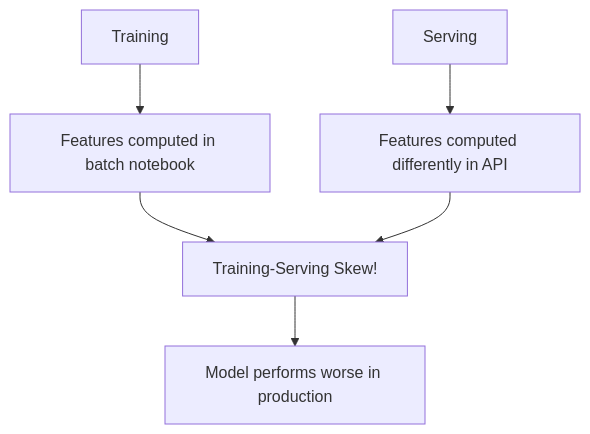
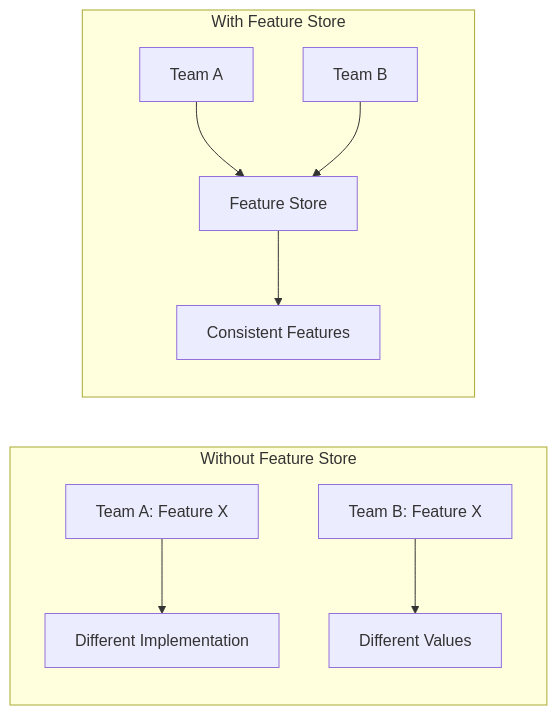
The first of 2 diagrams in src/ml/mlops/feature-store.md (vanos001/placement_prep), drawn with Mermaid before and after one commit. The commit also changed other lines of this file and 43 other files, not shown here.

````diff
--- a/src/ml/mlops/feature-store.md
+++ b/src/ml/mlops/feature-store.md
@@ -9,8 +9,13 @@
 ```mermaid
-graph TD
-    A[Training] --> B[Features computed in batch notebook]
-    C[Serving] --> D[Features computed differently in API]
-    B --> E[Training-Serving Skew!]
-    D --> E
-    E --> F[Model performs worse in production]
+graph LR
+    subgraph "Without Feature Store"
+        A1[Team A: Feature X] --> D1[Different Implementation]
+        B1[Team B: Feature X] --> D2[Different Values]
+    end
+    
+    subgraph "With Feature Store"
+        A2[Team A] --> FS[Feature Store]
+        B2[Team B] --> FS
+        FS --> C[Consistent Features]
+    end
 ```
````
